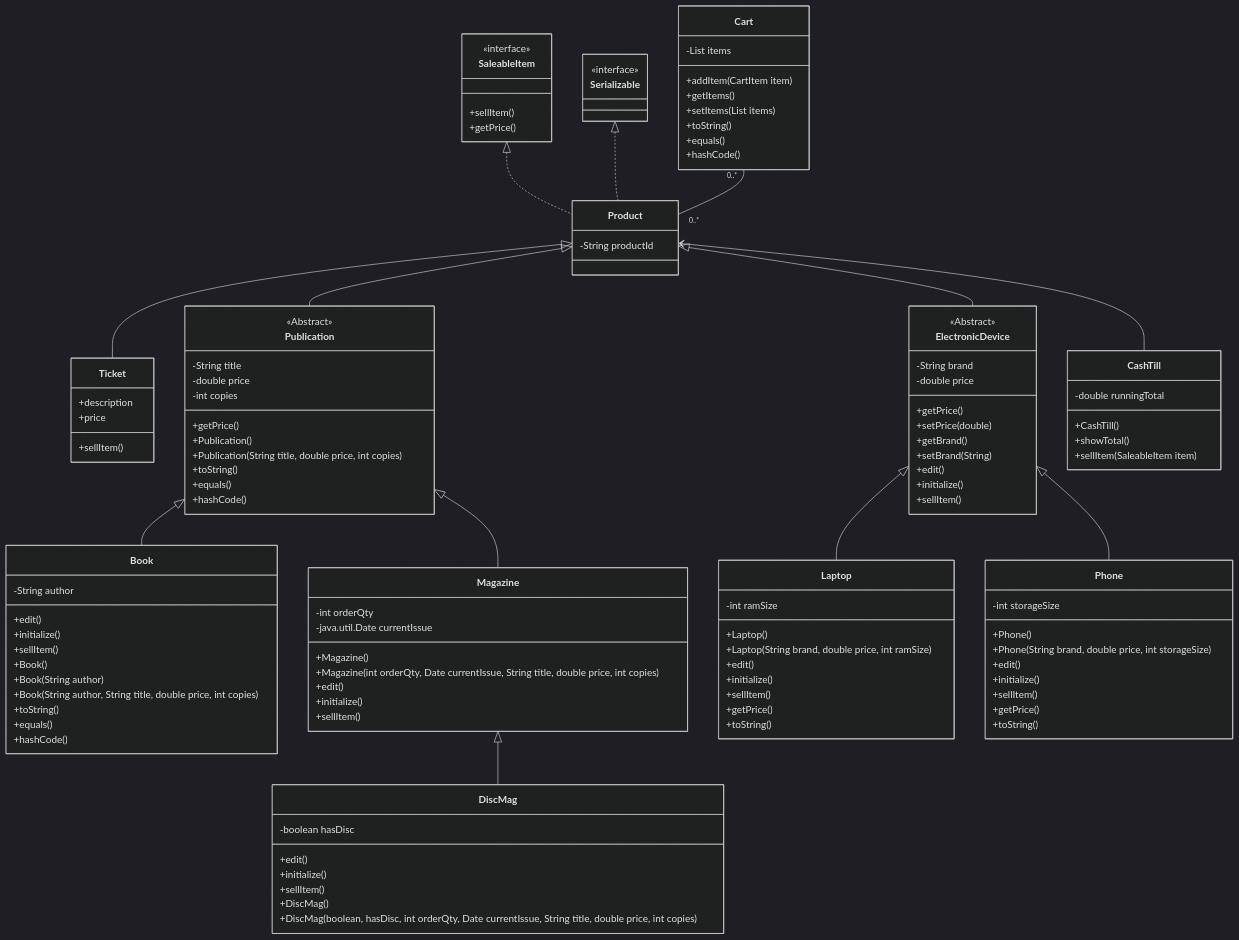
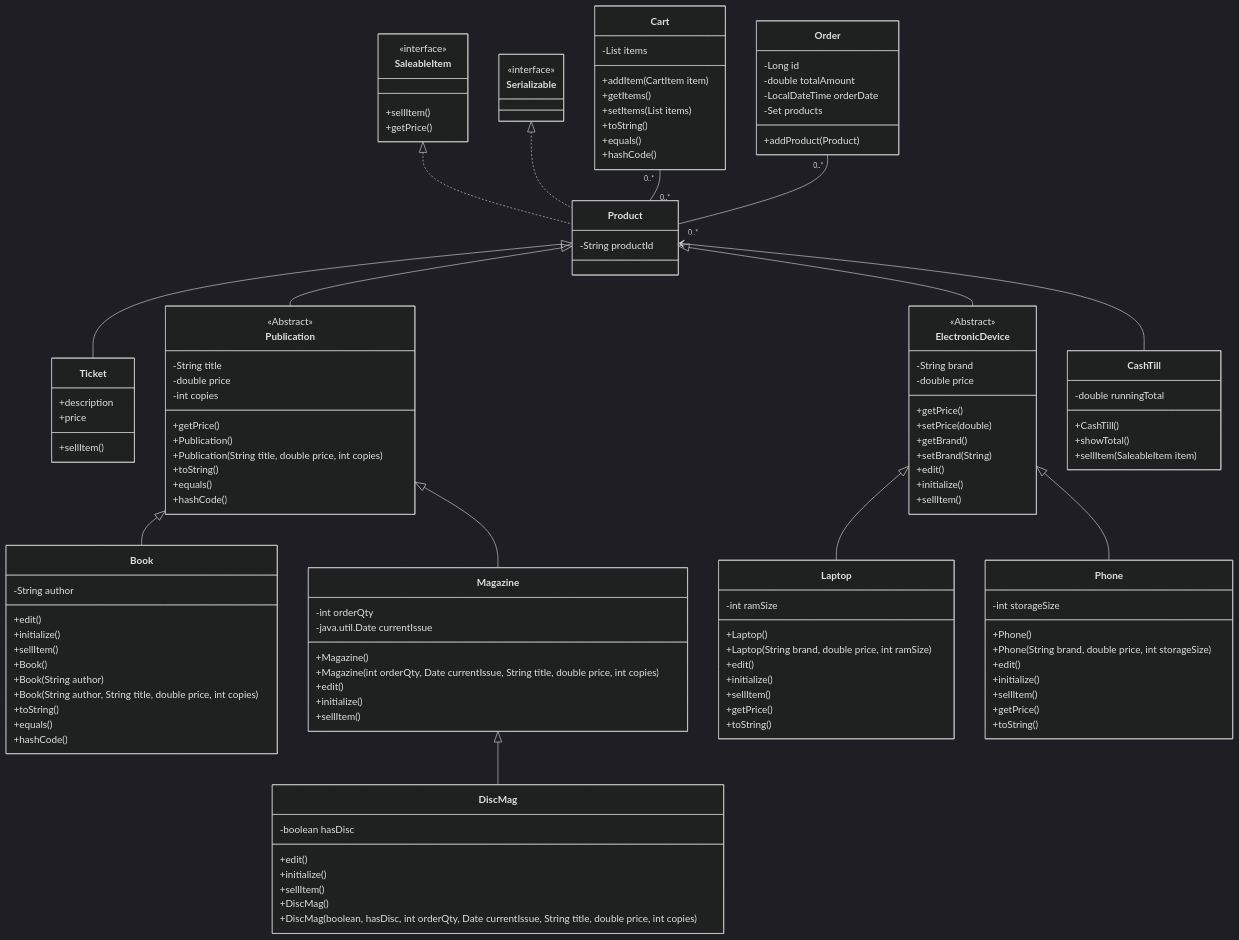
Before and after one commit to iraana/csd230_w26.lab1.IrynaNazar: the diagram in documentation/bookstore.f25-2025-11-17-211001.mmd, drawn with Mermaid (dark theme). The commit also changed 8 other files, not shown here.

```diff
--- a/documentation/bookstore.f25-2025-11-17-211001.mmd
+++ b/documentation/bookstore.f25-2025-11-17-211001.mmd
@@ -1,149 +1,160 @@
 classDiagram
 %%    Editable <|--Product
     Product <|--Ticket
     Product <|--Publication
     Publication <|-- Book
     Publication <|-- Magazine
     Magazine <|-- DiscMag
 
     Product <|--ElectronicDevice
     ElectronicDevice <|--Laptop
     ElectronicDevice <|--Phone
 
     SaleableItem <|.. Product
     Serializable <|.. Product
     Product <-- CashTill
     Cart "0..*" -- "0..*" Product
+    Order "0..*" -- "0..*" Product
+
 
     class Product{
         -String productId
     }
 
     class Cart {
         -List<CartItem> items
         +addItem(CartItem item)
         +getItems()
         +setItems(List<CartItem> items)
         +toString()
         +equals()
         +hashCode()
     }
+
+    class Order {
+        -Long id
+        -double totalAmount
+        -LocalDateTime orderDate
+        -Set<Product> products
+        +addProduct(Product)
+    }
+
 
     class Serializable{
         <<interface>>
     }
     class Ticket{
         +description
         +price
         +sellItem()
     }
 %%    class Editable{
 %%        <<abstract>>
 %%        -Scanner input
 %%        +String getInput(String)
 %%        +int getInput(int)
 %%        +double getInput(double)
 %%        +boolean getInput(boolean)
 %%        +Date getInput(Date)
 %%        +Enum getInput(Enum)
 %%        +edit()*
 %%        +initialize()*
 %%
 %%    }
     class Publication{
         <<Abstract>>
         -String title
         -double price
         -int copies
         +getPrice()
 
         +Publication()
         +Publication(String title, double price, int copies)
         +toString()
         +equals()
         +hashCode()
 
     }
     class Book{
         -String author
         +edit()
         +initialize()
         +sellItem()
 
         +Book()
         +Book(String author)
         +Book(String author, String title, double price, int copies)
         +toString()
         +equals()
         +hashCode()
 
     }
     class Magazine{
         -int orderQty
         -java.util.Date currentIssue
 
         +Magazine()
         +Magazine(int orderQty, Date currentIssue, String title, double price, int copies)
 
         +edit()
         +initialize()
         +sellItem()
     }
     class DiscMag{
         -boolean hasDisc
         +edit()
         +initialize()
         +sellItem()
 
         +DiscMag()
         +DiscMag(boolean, hasDisc, int orderQty, Date currentIssue, String title, double price, int copies)
 
     }
 
     class ElectronicDevice{
         <<Abstract>>
         -String brand
         -double price
         +getPrice()
         +setPrice(double)
         +getBrand()
         +setBrand(String)
         +edit()
         +initialize()
         +sellItem()
     }
 
     class Laptop{
         -int ramSize
         +Laptop()
         +Laptop(String brand, double price, int ramSize)
         +edit()
         +initialize()
         +sellItem()
         +getPrice()
         +toString()
     }
 
     class Phone{
         -int storageSize
         +Phone()
         +Phone(String brand, double price, int storageSize)
         +edit()
         +initialize()
         +sellItem()
         +getPrice()
         +toString()
     }
 
     class CashTill{
         -double runningTotal
         +CashTill()
         +showTotal()
         +sellItem(SaleableItem item)
     }
     class SaleableItem {
         <<interface>>
         +sellItem()
         +getPrice()
 
     }
```
